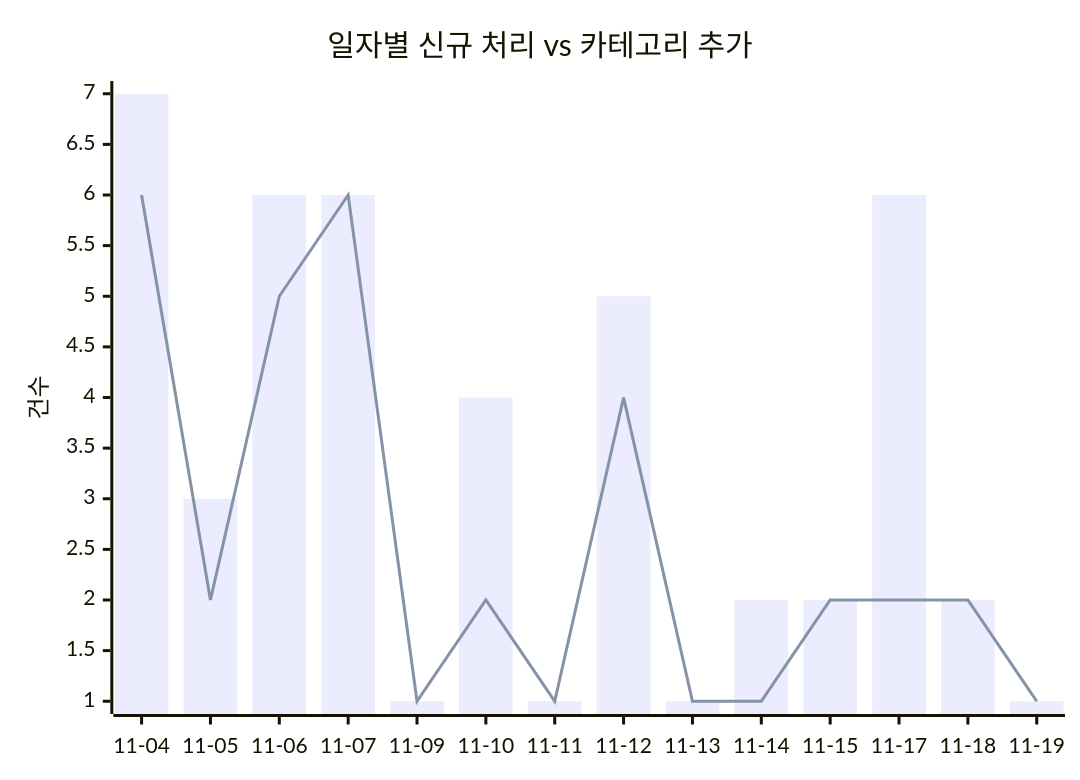
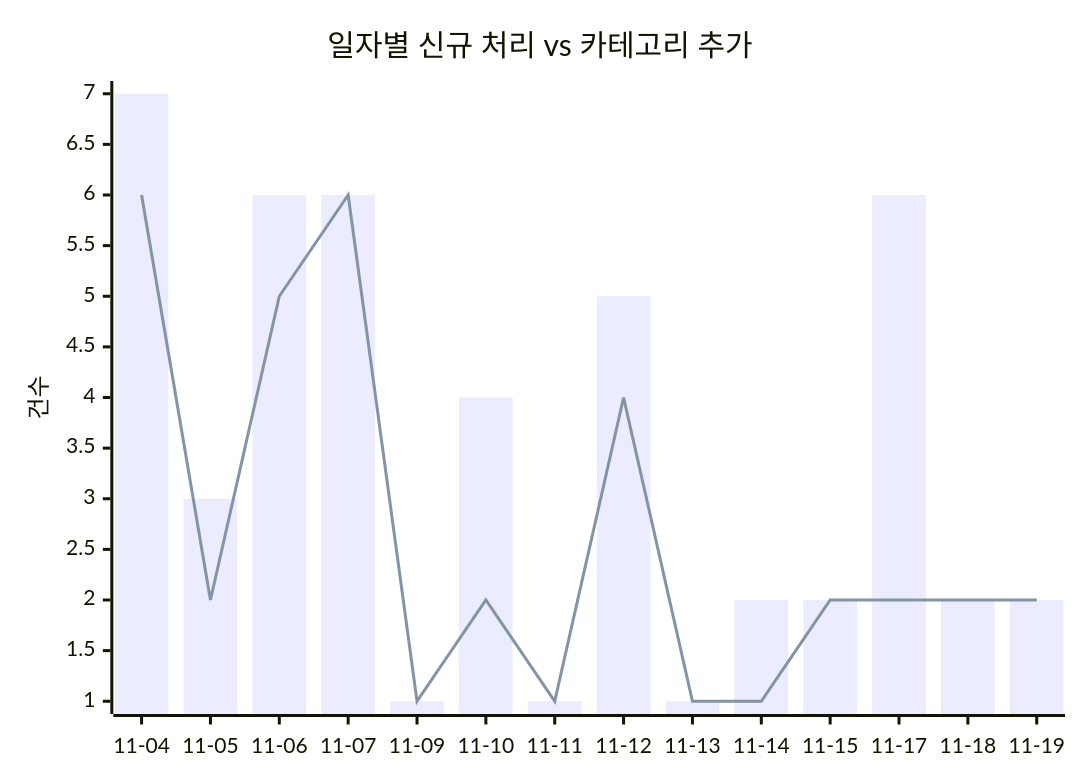
One commit to J-nowcow/awesome-korean-agent-skills changed the first of 2 diagrams in docs/trends.md. Above: the diagram before and after it, drawn with Mermaid. The commit also changed other lines of this file and 3 other files, not shown here.

````diff
--- a/docs/trends.md
+++ b/docs/trends.md
@@ -32,8 +32,8 @@
 ```mermaid
 xychart-beta
     title "일자별 신규 처리 vs 카테고리 추가"
     x-axis ["11-04","11-05","11-06","11-07","11-09","11-10","11-11","11-12","11-13","11-14","11-15","11-17","11-18","11-19"]
     y-axis "건수"
-    bar [7,3,6,6,1,4,1,5,1,2,2,6,2,1]
-    line [6,2,5,6,1,2,1,4,1,1,2,2,2,1]
+    bar [7,3,6,6,1,4,1,5,1,2,2,6,2,2]
+    line [6,2,5,6,1,2,1,4,1,1,2,2,2,2]
 ```
````
